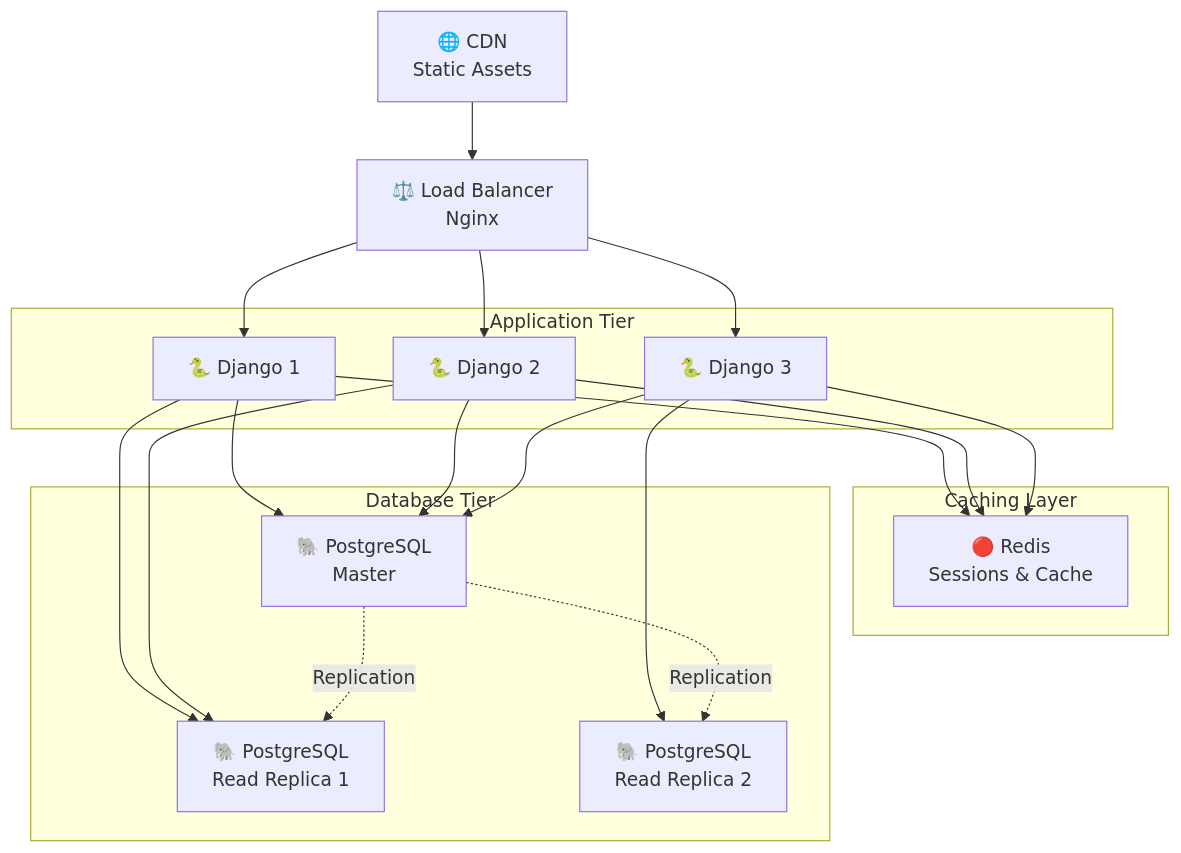
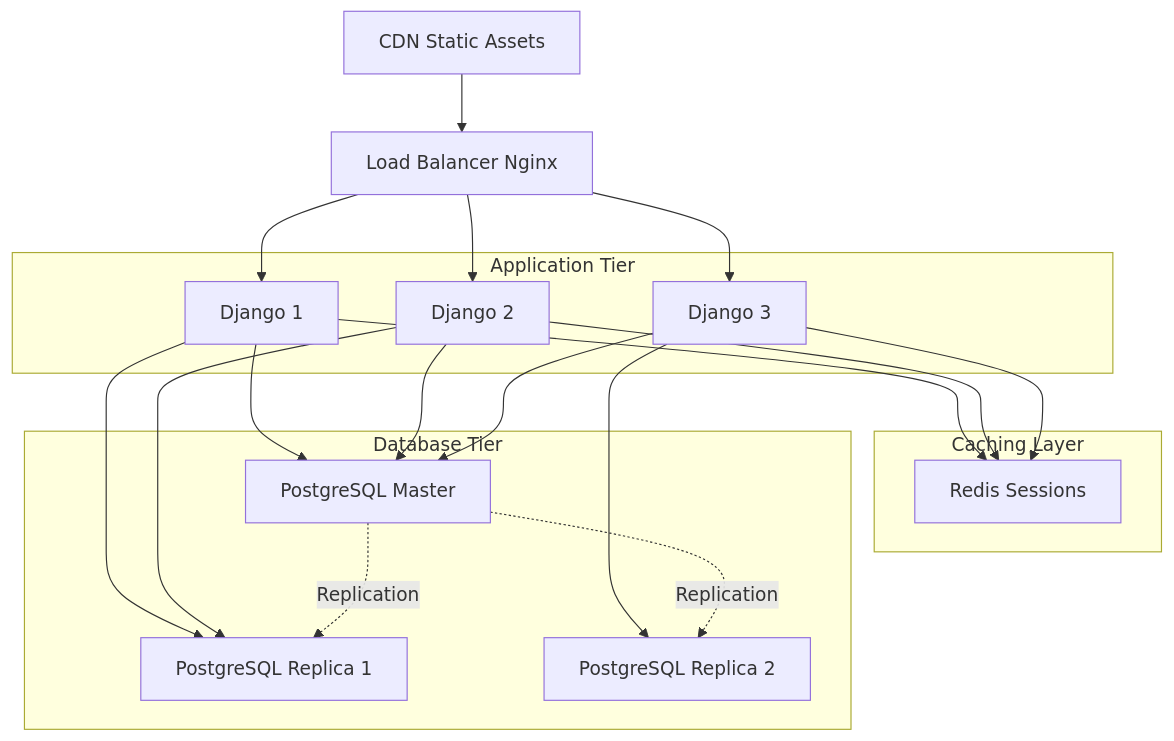
The sixth of 6 diagrams in ARCHITECTURE.md (iam4sec/devops_todo_app), drawn with Mermaid before and after one commit. The commit also changed other lines of this file, not shown here.

Commit message:
Refactor architecture documentation for clarity; simplify component labels and enhance security layer descriptions.

````diff
--- a/ARCHITECTURE.md
+++ b/ARCHITECTURE.md
@@ -261,41 +261,41 @@
 ```mermaid
 graph TB
-    CDN["🌐 CDN<br/>Static Assets"]
-    LB["⚖️ Load Balancer<br/>Nginx"]
+    CDN["CDN Static Assets"]
+    LB["Load Balancer Nginx"]
     
-    subgraph "Application Tier"
-        D1["🐍 Django 1"]
-        D2["🐍 Django 2"]
-        D3["🐍 Django 3"]
+    subgraph App["Application Tier"]
+        D1["Django 1"]
+        D2["Django 2"]
+        D3["Django 3"]
     end
     
-    subgraph "Caching Layer"
-        Redis["🔴 Redis<br/>Sessions & Cache"]
+    subgraph Cache["Caching Layer"]
+        Redis["Redis Sessions"]
     end
     
-    subgraph "Database Tier"
-        Master["🐘 PostgreSQL<br/>Master"]
-        Replica1["🐘 PostgreSQL<br/>Read Replica 1"]
-        Replica2["🐘 PostgreSQL<br/>Read Replica 2"]
+    subgraph DB["Database Tier"]
+        Master["PostgreSQL Master"]
+        Replica1["PostgreSQL Replica 1"]
+        Replica2["PostgreSQL Replica 2"]
     end
     
     CDN --> LB
     LB --> D1
     LB --> D2
     LB --> D3
     
     D1 --> Redis
     D2 --> Redis
     D3 --> Redis
     
     D1 --> Master
     D2 --> Master
     D3 --> Master
     
     D1 --> Replica1
     D2 --> Replica1
     D3 --> Replica2
     
     Master -.->|Replication| Replica1
     Master -.->|Replication| Replica2
 ```
````
